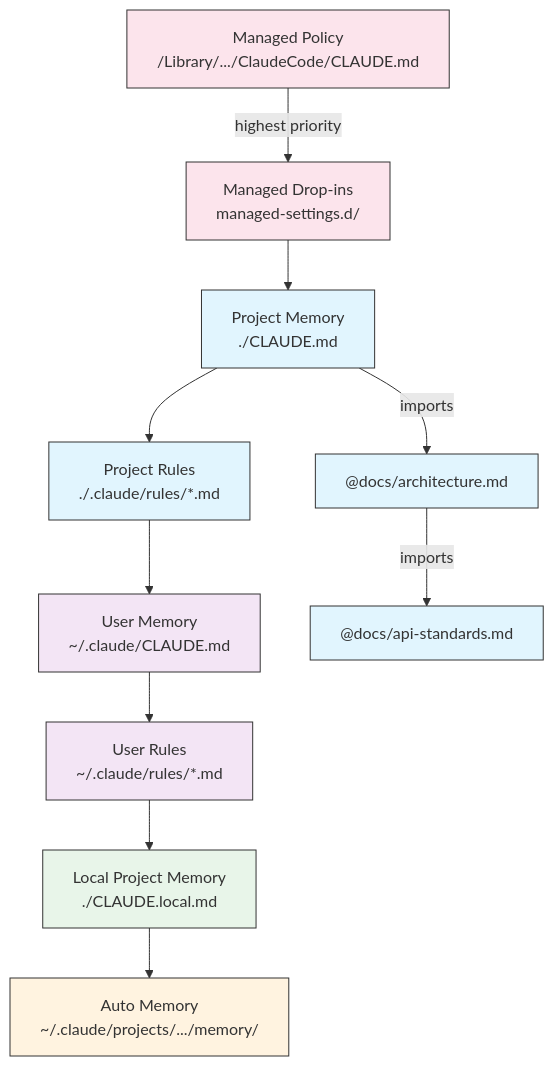
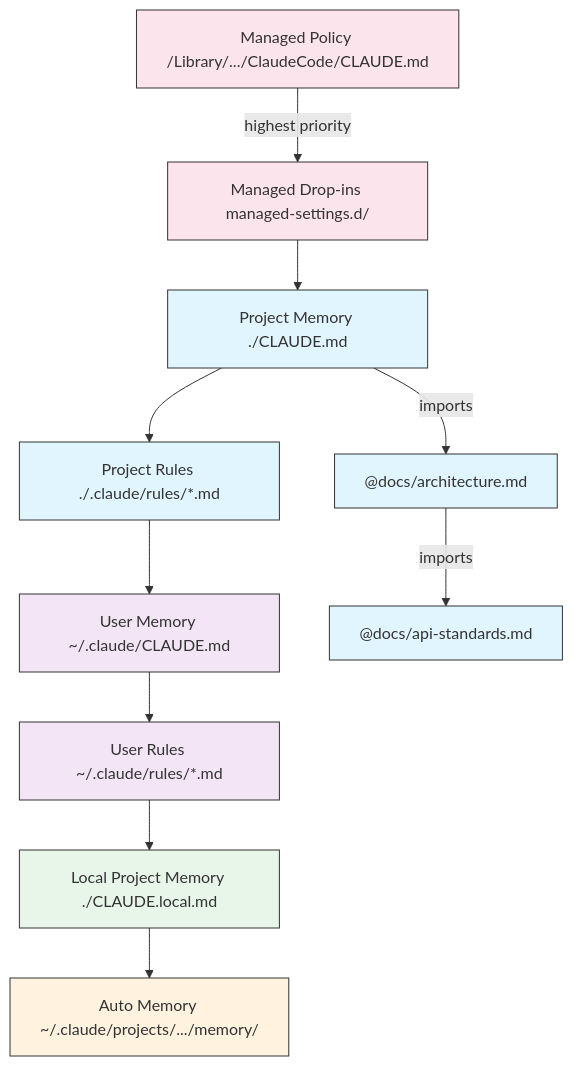
The second of 5 diagrams in claude-howto-zh/02-memory/README.md (Rx782-Fss/claude-howto-zh), drawn with Mermaid before and after one commit. The commit also changed other lines of this file and 8 other files, not shown here.

First line of the commit message:
fix: 清除所有 Mermaid 内的 GitHub 不兼容内容

````diff
--- a/claude-howto-zh/02-memory/README.md
+++ b/claude-howto-zh/02-memory/README.md
@@ -260,24 +260,24 @@
 ```mermaid
 graph TD
-    A["Managed Policy<br/>/Library/.../ClaudeCode/CLAUDE.md"] -->|highest priority| A2["Managed Drop-ins<br/>managed-settings.d/"]
-    A2 --> B["Project Memory<br/>./CLAUDE.md"]
-    B --> C["Project Rules<br/>./.claude/rules/*.md"]
-    C --> D["User Memory<br/>~/.claude/CLAUDE.md"]
-    D --> E["User Rules<br/>~/.claude/rules/*.md"]
-    E --> F["Local Project Memory<br/>./CLAUDE.local.md"]
-    F --> G["Auto Memory<br/>~/.claude/projects/.../memory/"]
+    A["Managed Policy /Library/.../ClaudeCode/CLAUDE.md"] -->|highest priority| A2["Managed Drop-ins managed-settings.d/"]
+    A2 --> B["Project Memory ./CLAUDE.md"]
+    B --> C["Project Rules ./.claude/rules/*.md"]
+    C --> D["User Memory ~/.claude/CLAUDE.md"]
+    D --> E["User Rules ~/.claude/rules/*.md"]
+    E --> F["Local Project Memory ./CLAUDE.local.md"]
+    F --> G["Auto Memory ~/.claude/projects/.../memory/"]
 
     B -->|imports| H["@docs/architecture.md"]
     H -->|imports| I["@docs/api-standards.md"]
 
     style A fill:#fce4ec,stroke:#333,color:#333
     style A2 fill:#fce4ec,stroke:#333,color:#333
     style B fill:#e1f5fe,stroke:#333,color:#333
     style C fill:#e1f5fe,stroke:#333,color:#333
     style D fill:#f3e5f5,stroke:#333,color:#333
     style E fill:#f3e5f5,stroke:#333,color:#333
     style F fill:#e8f5e9,stroke:#333,color:#333
     style G fill:#fff3e0,stroke:#333,color:#333
     style H fill:#e1f5fe,stroke:#333,color:#333
     style I fill:#e1f5fe,stroke:#333,color:#333
 ```
````
